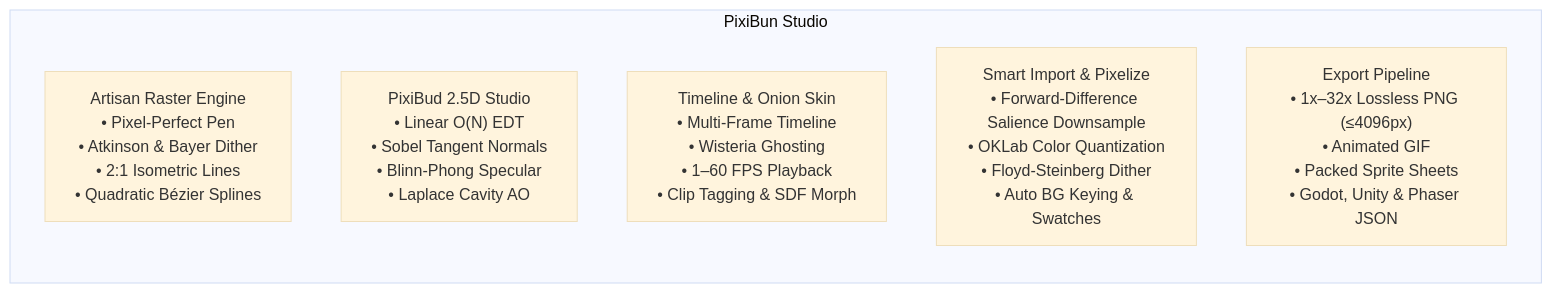
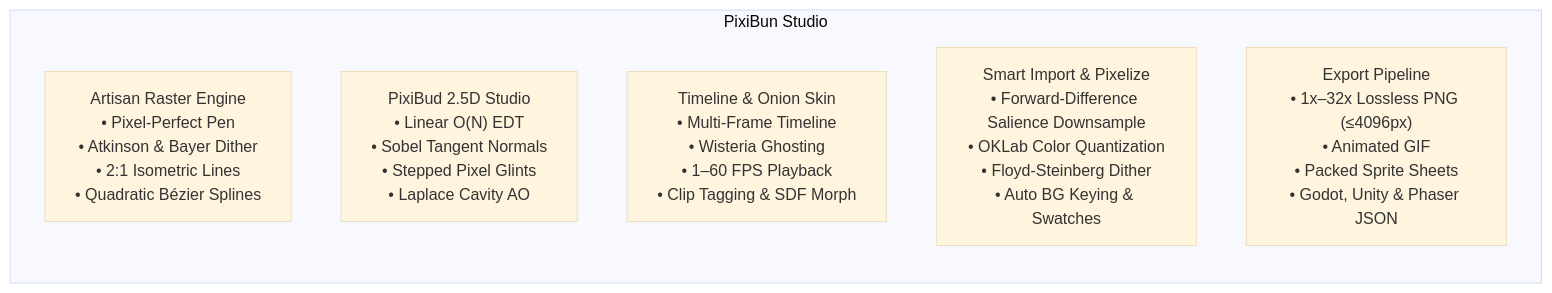
Before and after one commit to lxcario/PixiBun: the diagram in README.md, drawn with Mermaid (base theme). The commit also changed other lines of this file and 125 other files, not shown here.

Commit message:
feat: streamline studio header and add visible live pixel glints

````diff
--- a/README.md
+++ b/README.md
@@ -50,10 +50,10 @@
 ```mermaid
 graph LR
     subgraph Atelier ["PixiBun Studio"]
         Raster["Artisan Raster Engine<br/>• Pixel-Perfect Pen<br/>• Atkinson & Bayer Dither<br/>• 2:1 Isometric Lines<br/>• Quadratic Bézier Splines"]
-        Math["PixiBud 2.5D Studio<br/>• Linear O(N) EDT<br/>• Sobel Tangent Normals<br/>• Blinn-Phong Specular<br/>• Laplace Cavity AO"]
+        Math["PixiBud 2.5D Studio<br/>• Linear O(N) EDT<br/>• Sobel Tangent Normals<br/>• Stepped Pixel Glints<br/>• Laplace Cavity AO"]
         Anim["Timeline & Onion Skin<br/>• Multi-Frame Timeline<br/>• Wisteria Ghosting<br/>• 1–60 FPS Playback<br/>• Clip Tagging & SDF Morph"]
         Import["Smart Import & Pixelize<br/>• Forward-Difference Salience Downsample<br/>• OKLab Color Quantization<br/>• Floyd-Steinberg Dither<br/>• Auto BG Keying & Swatches"]
         Export["Export Pipeline<br/>• 1x–32x Lossless PNG (≤4096px)<br/>• Animated GIF<br/>• Packed Sprite Sheets<br/>• Godot, Unity & Phaser JSON"]
     end
 ```
````
